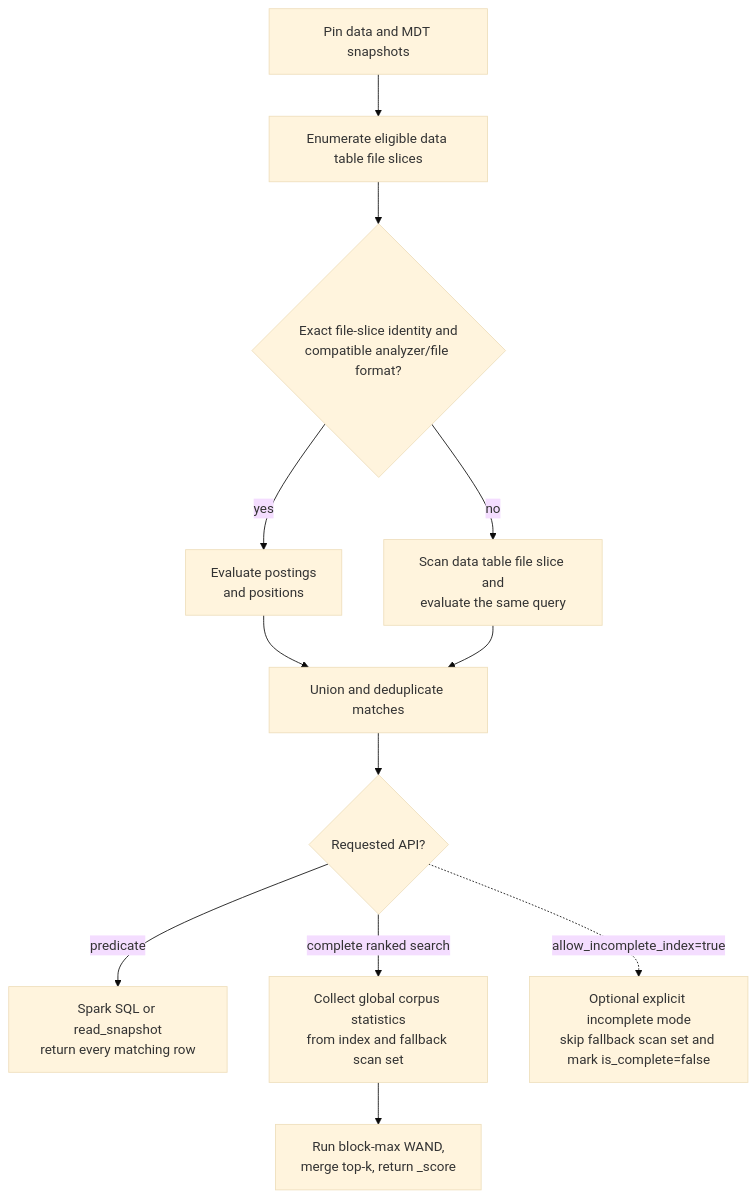
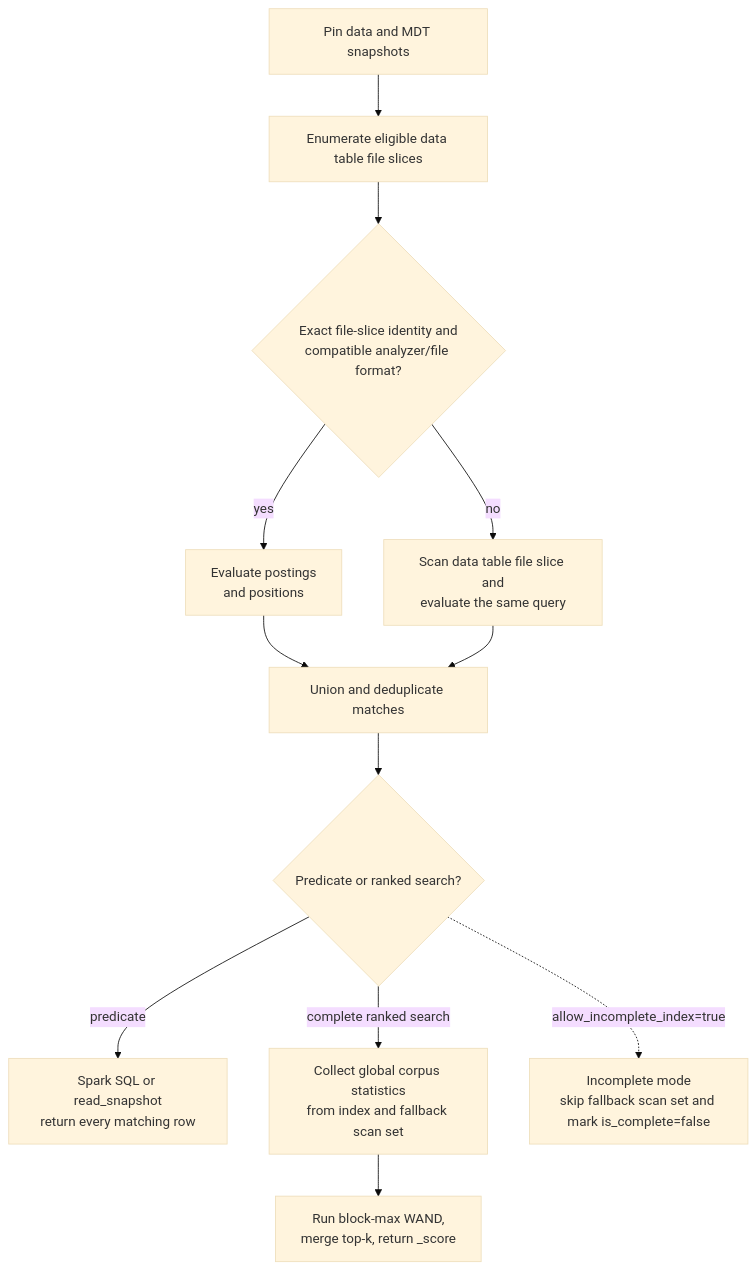
The fourth of 4 diagrams in rfc/rfc-110/rfc-110.md (apache/hudi), drawn with Mermaid (base theme) before and after one commit. The commit also changed other lines of this file, not shown here.

````diff
--- a/rfc/rfc-110/rfc-110.md
+++ b/rfc/rfc-110/rfc-110.md
@@ -781,26 +679,26 @@
 ```mermaid
 flowchart TD
     START["Pin data and MDT snapshots"]
     ENUMERATE["Enumerate eligible data table file slices"]
     COMPAT{"Exact file-slice identity and<br/>compatible analyzer/file format?"}
     POSTINGS["Evaluate postings<br/>and positions"]
     FALLBACK["Scan data table file slice and<br/>evaluate the same query"]
     MERGE["Union and deduplicate matches"]
-    API{"Requested API?"}
+    API{"Predicate or ranked search?"}
     SQL["Spark SQL or read_snapshot<br/>return every matching row"]
     STATS["Collect global corpus statistics<br/>from index and fallback scan set"]
     TOPK["Run block-max WAND,<br/>merge top-k, return _score"]
-    INCOMPLETE["Optional explicit incomplete mode<br/>skip fallback scan set and mark is_complete=false"]
+    INCOMPLETE["Incomplete mode<br/>skip fallback scan set and mark is_complete=false"]
 
     START --> ENUMERATE
     ENUMERATE --> COMPAT
     COMPAT -->|"yes"| POSTINGS
     COMPAT -->|"no"| FALLBACK
     POSTINGS --> MERGE
     FALLBACK --> MERGE
     MERGE --> API
     API -->|"predicate"| SQL
     API -->|"complete ranked search"| STATS
     STATS --> TOPK
     API -.->|"allow_incomplete_index=true"| INCOMPLETE
 ```
````
